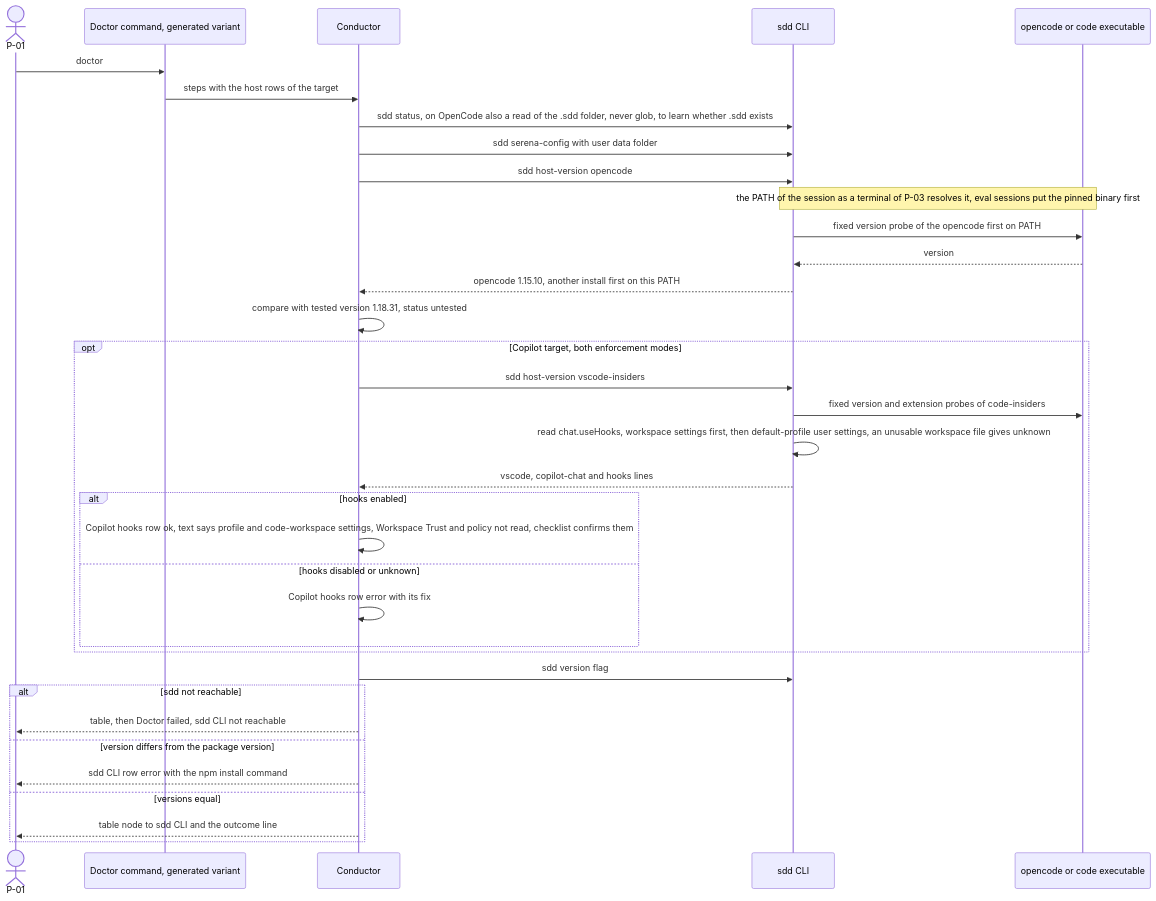
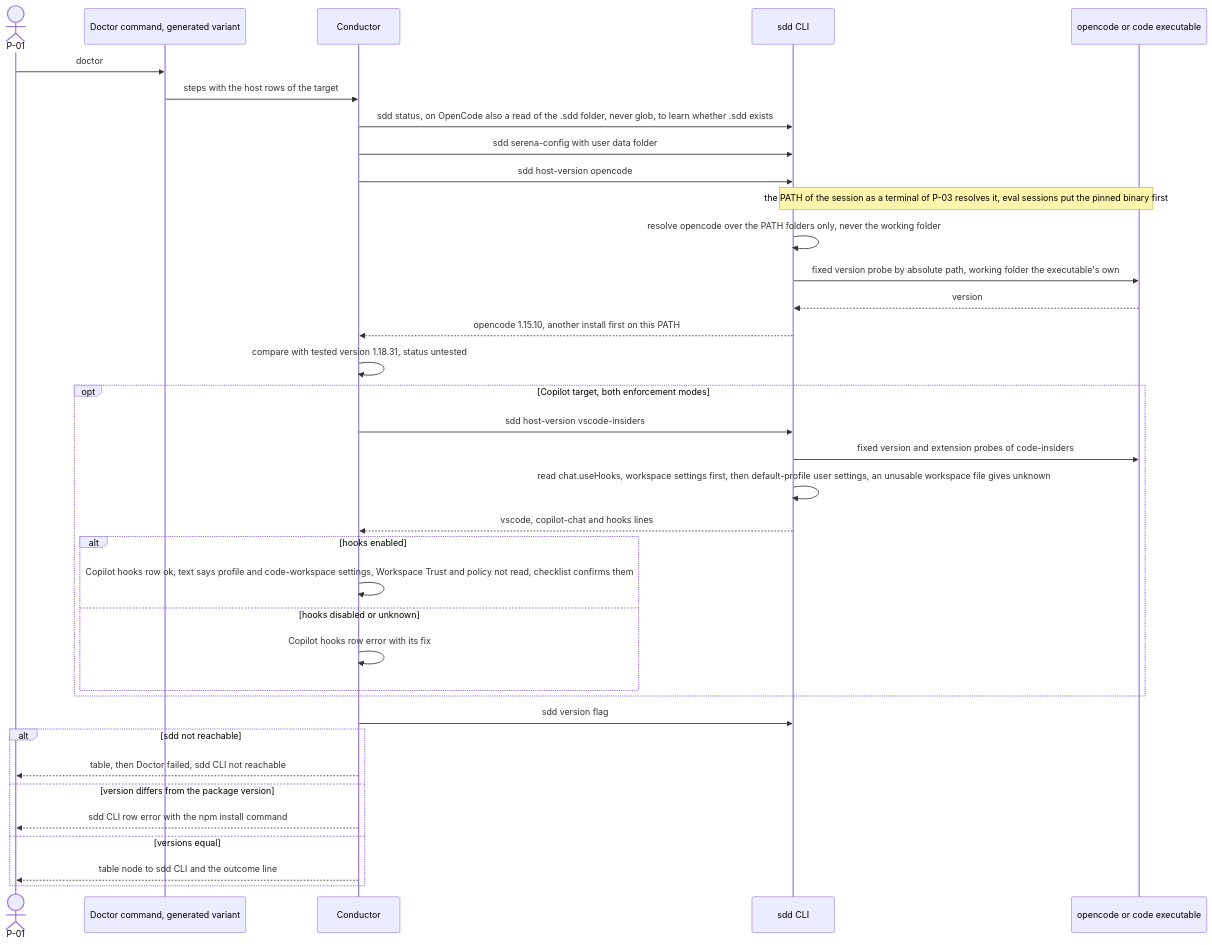
One commit to jlacube/spec-architect changed the ninth of 15 diagrams in .sdd/002-multi-platform-targets/10-spec/60-architecture/architecture.md. Above: the diagram before and after it, drawn with Mermaid. The commit also changed other lines of this file and 10 other files, not shown here.

````diff
--- a/.sdd/002-multi-platform-targets/10-spec/60-architecture/architecture.md
+++ b/.sdd/002-multi-platform-targets/10-spec/60-architecture/architecture.md
@@ -745,38 +754,39 @@
 ```mermaid
 sequenceDiagram
   %% F8 doctor with host rows. Realizes C002-TS-506 C002-TS-509 C002-TS-513 C002-TS-515 C002-TS-516
   actor P01 as P-01
   participant C002_COMP_015 as Doctor command, generated variant
   participant C002_COMP_014 as Conductor
   participant C002_COMP_018 as sdd CLI
   participant HOST as opencode or code executable
   P01->>C002_COMP_015: doctor
   C002_COMP_015->>C002_COMP_014: steps with the host rows of the target
   C002_COMP_014->>C002_COMP_018: sdd status, on OpenCode also a read of the .sdd folder, never glob, to learn whether .sdd exists
   C002_COMP_014->>C002_COMP_018: sdd serena-config with user data folder
   C002_COMP_014->>C002_COMP_018: sdd host-version opencode
   Note over C002_COMP_018,HOST: the PATH of the session as a terminal of P-03 resolves it, eval sessions put the pinned binary first
-  C002_COMP_018->>HOST: fixed version probe of the opencode first on PATH
+  C002_COMP_018->>C002_COMP_018: resolve opencode over the PATH folders only, never the working folder
+  C002_COMP_018->>HOST: fixed version probe by absolute path, working folder the executable's own
   HOST-->>C002_COMP_018: version
   C002_COMP_018-->>C002_COMP_014: opencode 1.15.10, another install first on this PATH
   C002_COMP_014->>C002_COMP_014: compare with tested version 1.18.31, status untested
   opt Copilot target, both enforcement modes
     C002_COMP_014->>C002_COMP_018: sdd host-version vscode-insiders
     C002_COMP_018->>HOST: fixed version and extension probes of code-insiders
     C002_COMP_018->>C002_COMP_018: read chat.useHooks, workspace settings first, then default-profile user settings, an unusable workspace file gives unknown
     C002_COMP_018-->>C002_COMP_014: vscode, copilot-chat and hooks lines
     alt hooks enabled
       C002_COMP_014->>C002_COMP_014: Copilot hooks row ok, text says profile and code-workspace settings, Workspace Trust and policy not read, checklist confirms them
     else hooks disabled or unknown
       C002_COMP_014->>C002_COMP_014: Copilot hooks row error with its fix
     end
   end
   C002_COMP_014->>C002_COMP_018: sdd version flag
   alt sdd not reachable
     C002_COMP_014-->>P01: table, then Doctor failed, sdd CLI not reachable
   else version differs from the package version
     C002_COMP_014-->>P01: sdd CLI row error with the npm install command
   else versions equal
     C002_COMP_014-->>P01: table node to sdd CLI and the outcome line
   end
 ```
````
